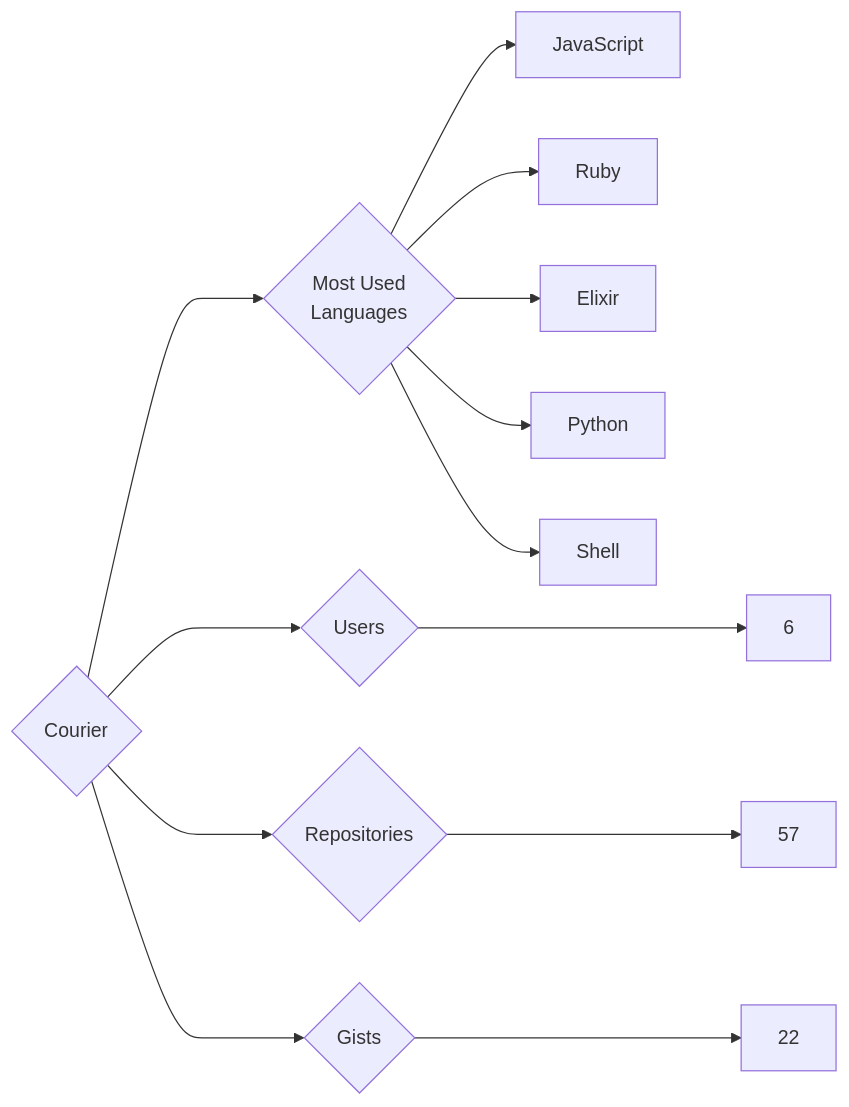
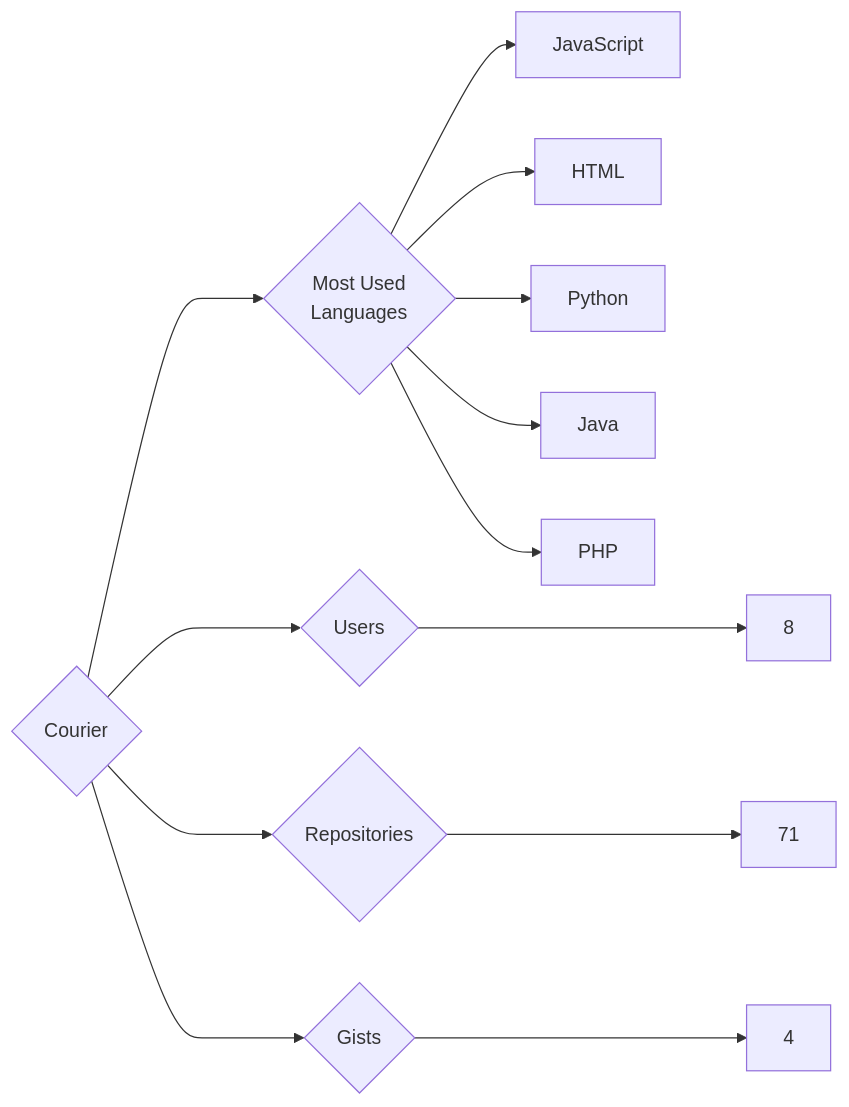
One commit to trickest/insiders changed the diagram in targets/Courier/README.md. Above: the diagram before and after it, drawn with Mermaid. The commit also changed 1141 other files, not shown here.

````diff
--- a/targets/Courier/README.md
+++ b/targets/Courier/README.md
@@ -3,13 +3,13 @@
 ```mermaid
 graph LR
 COMPANY_NAME{Courier}
-COMPANY_NAME ---> U{Users} ---> UN[6]
-COMPANY_NAME ---> R{Repositories} ---> RN[57]
-COMPANY_NAME ---> G{Gists} ---> GN[22]
+COMPANY_NAME ---> U{Users} ---> UN[8]
+COMPANY_NAME ---> R{Repositories} ---> RN[71]
+COMPANY_NAME ---> G{Gists} ---> GN[4]
 COMPANY_NAME ---> ML{Most Used<br>Languages}
 ML --> JavaScript[JavaScript]
-ML --> Ruby[Ruby]
-ML --> Elixir[Elixir]
+ML --> HTML[HTML]
 ML --> Python[Python]
-ML --> Shell[Shell]
+ML --> Java[Java]
+ML --> PHP[PHP]
 ```
````
